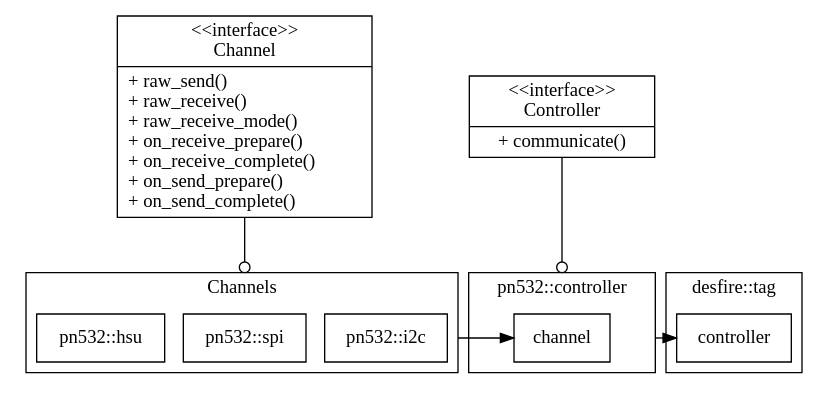
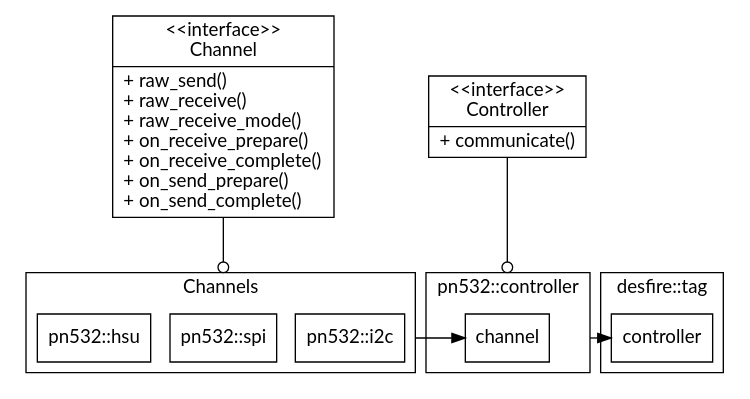
One commit to mittelab/libspookyaction changed the diagram in docs/terminology.rst. Above: the diagram before and after it, drawn with Graphviz. The commit also changed 1 other file, not shown here.

Commit message:
Docs: change graphviz font

```diff
--- a/docs/terminology.rst
+++ b/docs/terminology.rst
@@ -6,36 +6,37 @@
 .. graphviz::
 
     digraph libspookyaction {
+       fontname="Lato, proxima-nova, 'Helvetica Neue', Arial, sans-serif"
        graph [nodesep=0.2, ranksep=1];
-       node [shape = "record"];
+       node [shape = "record" fontname="Lato, proxima-nova, 'Helvetica Neue', Arial, sans-serif"];
 
        newrank=true;
        compound=true;
        subgraph cluster_Channels{
            label="Channels"
            I2C[label="pn532::i2c" shape=box];
            SPI[label="pn532::spi"shape=box];
            UART[label="pn532::hsu"shape=box];
        }
        subgraph cluster_nfc{
            label="pn532::controller"
            channel[shape=box];
        }
        subgraph cluster_tag{
            label="desfire::tag"
            controller[shape=box];
        }
 
        channel_interface [label="{\<\<interface\>\>\nChannel|+ raw_send()\l+ raw_receive()\l+ raw_receive_mode()\l+ on_receive_prepare()\l+ on_receive_complete()\l+ on_send_prepare()\l+ on_send_complete()\l}"]
 
        controllers [label="{\<\<interface\>\>\nController|
        + communicate()}"]
 
        I2C -> channel [ltail=cluster_Channels];
        channel -> controller [ltail=cluster_nfc];
        channel_interface -> SPI[lhead=cluster_Channels arrowhead="odot"];
        controllers -> channel [lhead=cluster_nfc arrowhead="odot"];
 
        {rank = same; channel_interface; controllers;}
        {rank = same; I2C;UART;SPI; channel;controller}
     }
```
